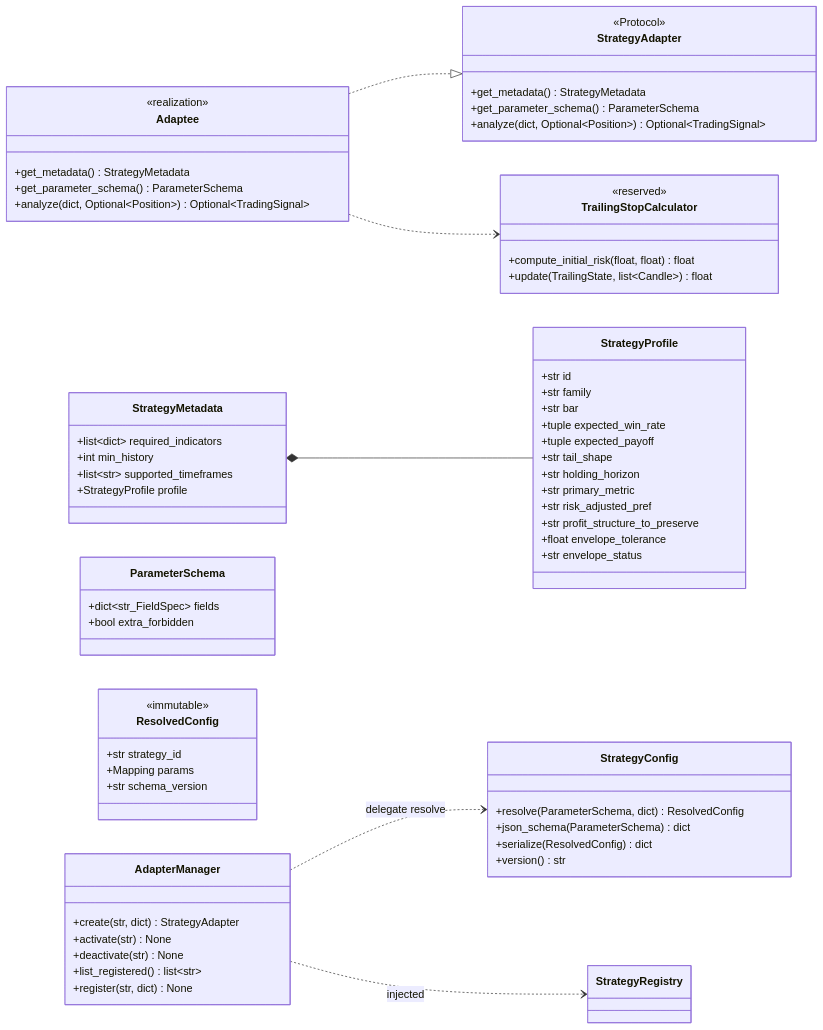
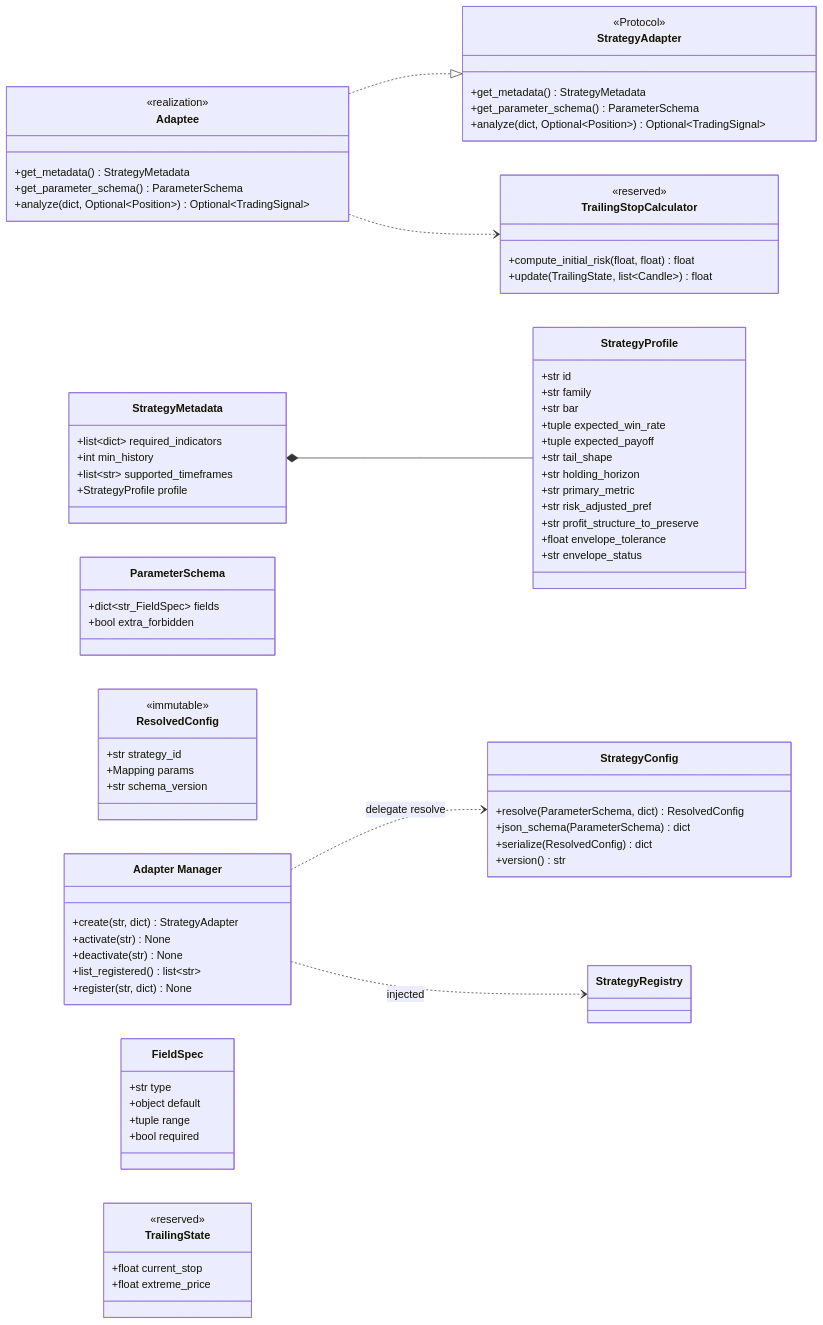
The tenth of 17 diagrams in docs/fullspec/backtest_v2_detailed_design.md (vessel35/trading-system-v2), drawn with Mermaid before and after one commit. The commit also changed other lines of this file, not shown here.

````diff
--- a/docs/fullspec/backtest_v2_detailed_design.md
+++ b/docs/fullspec/backtest_v2_detailed_design.md
@@ -1538,69 +1538,80 @@
 ```mermaid
 classDiagram
     direction LR
     class StrategyAdapter {
         <<Protocol>>
         +get_metadata() StrategyMetadata
         +get_parameter_schema() ParameterSchema
         +analyze(dict, Optional~Position~) Optional~TradingSignal~
     }
     class Adaptee {
         <<realization>>
         +get_metadata() StrategyMetadata
         +get_parameter_schema() ParameterSchema
         +analyze(dict, Optional~Position~) Optional~TradingSignal~
     }
     class StrategyMetadata {
         +list~dict~ required_indicators
         +int min_history
         +list~str~ supported_timeframes
         +StrategyProfile profile
     }
     class ParameterSchema {
         +dict~str_FieldSpec~ fields
         +bool extra_forbidden
     }
     class StrategyConfig {
         +resolve(ParameterSchema, dict) ResolvedConfig
         +json_schema(ParameterSchema) dict
         +serialize(ResolvedConfig) dict
         +version() str
     }
     class ResolvedConfig {
         <<immutable>>
         +str strategy_id
         +Mapping params
         +str schema_version
     }
-    class AdapterManager {
+    class AdapterManager["Adapter Manager"] {
         +create(str, dict) StrategyAdapter
         +activate(str) None
         +deactivate(str) None
         +list_registered() list~str~
         +register(str, dict) None
     }
     class StrategyProfile {
         +str id
         +str family
         +str bar
         +tuple expected_win_rate
         +tuple expected_payoff
         +str tail_shape
         +str holding_horizon
         +str primary_metric
         +str risk_adjusted_pref
         +str profit_structure_to_preserve
         +float envelope_tolerance
         +str envelope_status
     }
     class TrailingStopCalculator {
         <<reserved>>
         +compute_initial_risk(float, float) float
         +update(TrailingState, list~Candle~) float
     }
+    class FieldSpec {
+        +str type
+        +object default
+        +tuple range
+        +bool required
+    }
+    class TrailingState {
+        <<reserved>>
+        +float current_stop
+        +float extreme_price
+    }
     Adaptee ..|> StrategyAdapter
     Adaptee ..> TrailingStopCalculator
     StrategyMetadata *-- StrategyProfile
     AdapterManager ..> StrategyConfig : delegate resolve
     AdapterManager ..> StrategyRegistry : injected
 ```
````
